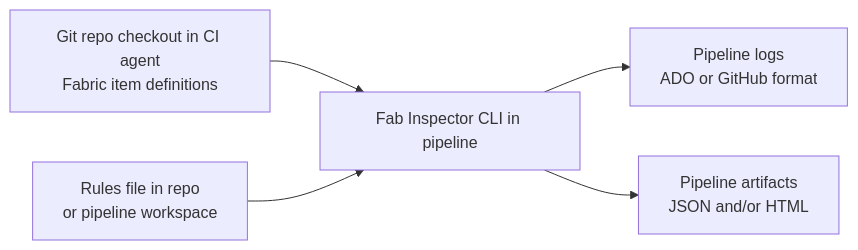
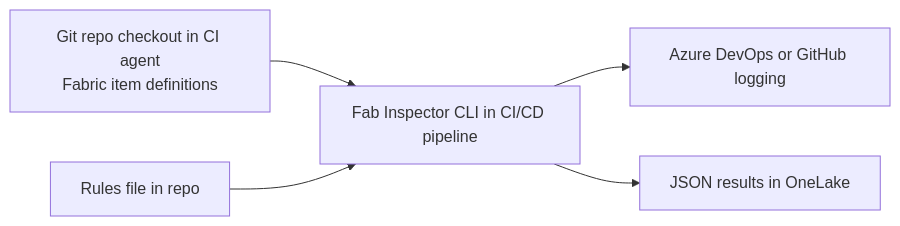
Before and after one commit to NatVanG/fab-inspector: the second of 5 diagrams in docs/usage-scenarios.md, drawn with Mermaid. The commit also changed other lines of this file and 6 other files, not shown here.

````diff
--- a/docs/usage-scenarios.md
+++ b/docs/usage-scenarios.md
@@ -40,7 +40,7 @@
 ```mermaid
 flowchart LR
-    A[Git repo checkout in CI agent\nFabric item definitions] --> C[Fab Inspector CLI in pipeline]
-    B[Rules file in repo\nor pipeline workspace] --> C
-    C --> D[Pipeline logs\nADO or GitHub format]
-    C --> E[Pipeline artifacts\nJSON and/or HTML]
+    A[Git repo checkout in CI agent\nFabric item definitions] --> C[Fab Inspector CLI in CI/CD pipeline]
+    B[Rules file in repo] --> C
+    C --> D[Azure DevOps or GitHub logging]
+    C --> E[JSON results in OneLake]
 ```
````
